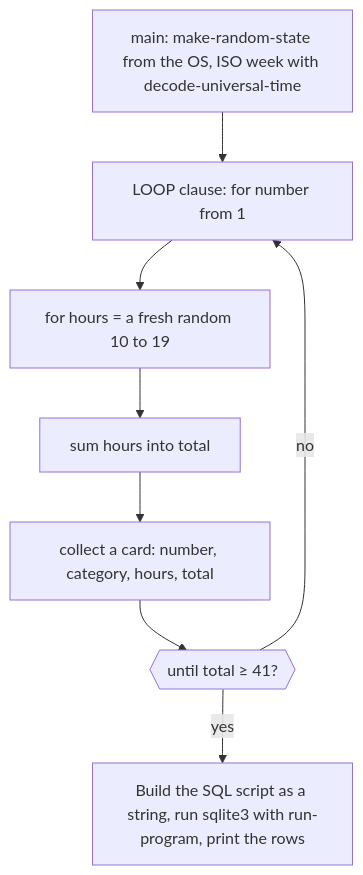
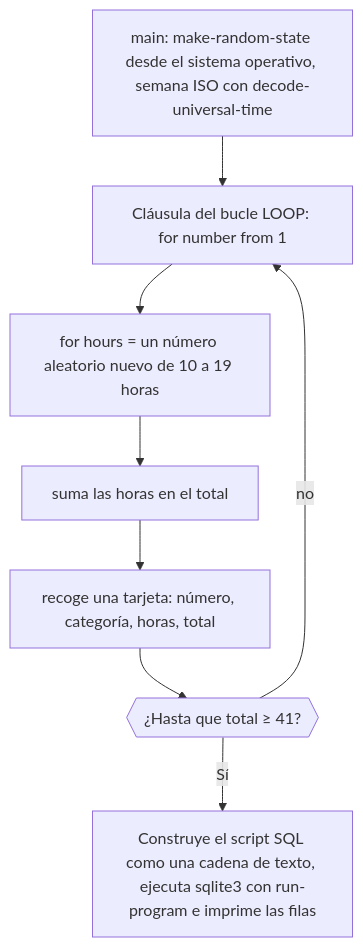
Before and after one commit to dullroar/aprende-a-programar-como-un-bicho-raro: the diagram in src/lisp/README.md, drawn with Mermaid. The commit also changed other lines of this file and 15 other files, not shown here.

Commit message:
loop(P4-src-11): src/lisp, src/m4 and src/make-gnu READMEs translated (186 segments); heading, spelled-out number, comma and gloss fixes, verb, product-name and quoted-text waivers; anchors relinked

````diff
--- a/src/lisp/README.md
+++ b/src/lisp/README.md
@@ -52,12 +52,12 @@
 ```mermaid
 flowchart TD
-    accTitle: lisp: the clauses of one LOOP form, in the order they are written
-    accDescr: A flowchart. The function main seeds a random state from the operating system and works out the ISO week. Then one LOOP form runs its clauses in order on each pass: number counts up from 1, hours is drawn again, hours is summed into total, a card is collected, and an until clause tests whether the total is over 40. If it is not, the next pass starts. Because until comes after collect, the crossing card is kept. When it ends, the program builds the SQL script as a string, runs the sqlite3 command-line tool with run-program, and prints the rows.
-    A["main: make-random-state from the OS, ISO week with decode-universal-time"] --> B["LOOP clause: for number from 1"]
-    B --> C["for hours = a fresh random 10 to 19"]
-    C --> D["sum hours into total"]
-    D --> E["collect a card: number, category, hours, total"]
-    E --> F{{"until total ≥ 41?"}}
+    accTitle: lisp: las cláusulas de una forma LOOP, en el orden en que se escriben
+    accDescr: Un diagrama de flujo. La función main inicializa un estado aleatorio a partir del sistema operativo y calcula la semana ISO. Después, una forma LOOP ejecuta sus cláusulas en orden en cada pasada: number cuenta desde 1, hours se sortea de nuevo, hours se suma a total, se recoge una tarjeta y una cláusula until comprueba si total pasa de 40. Si no es así, empieza la siguiente pasada. Como until va después de collect, se conserva la tarjeta que cruza el límite. Cuando termina, el programa construye el script SQL como una cadena de texto, ejecuta la herramienta de línea de comandos sqlite3 con run-program e imprime las filas.
+    A["main: make-random-state desde el sistema operativo, semana ISO con decode-universal-time"] --> B["Cláusula del bucle LOOP: for number from 1"]
+    B --> C["for hours = un número aleatorio nuevo de 10 a 19 horas"]
+    C --> D["suma las horas en el total"]
+    D --> E["recoge una tarjeta: número, categoría, horas, total"]
+    E --> F{{"¿Hasta que total ≥ 41?"}}
     F -->|no| B
-    F -->|yes| G["Build the SQL script as a string, run sqlite3 with run-program, print the rows"]
+    F -->|Sí| G["Construye el script SQL como una cadena de texto, ejecuta sqlite3 con run-program e imprime las filas"]
 ```
````
